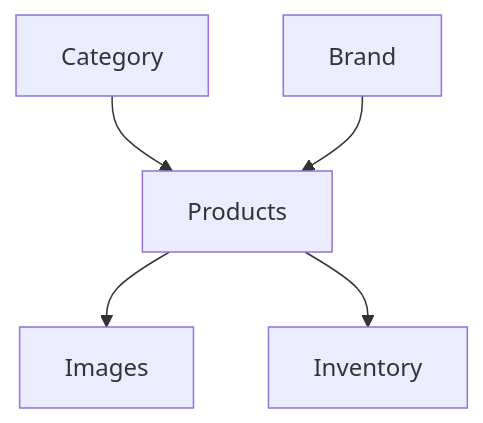
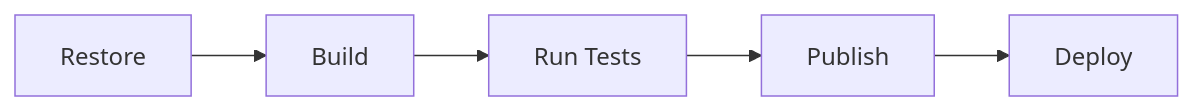
One commit to chintanchhapgar/ShopSphere changed the third of 6 diagrams in docs/deployment.md. Above: the diagram before and after it, drawn with Mermaid. The commit also changed other lines of this file, not shown here.

````diff
--- a/docs/deployment.md
+++ b/docs/deployment.md
@@ -254,13 +160,13 @@
 ```mermaid
-flowchart TD
-    A["Category"]
-    B["Brand"]
-    C["Products"]
-    D["Images"]
-    E["Inventory"]
+flowchart LR
+    A["Restore"]
+    B["Build"]
+    C["Run Tests"]
+    D["Publish"]
+    E["Deploy"]
 
-    A --> C
+    A --> B
     B --> C
     C --> D
-    C --> E
+    D --> E
 ```
````
